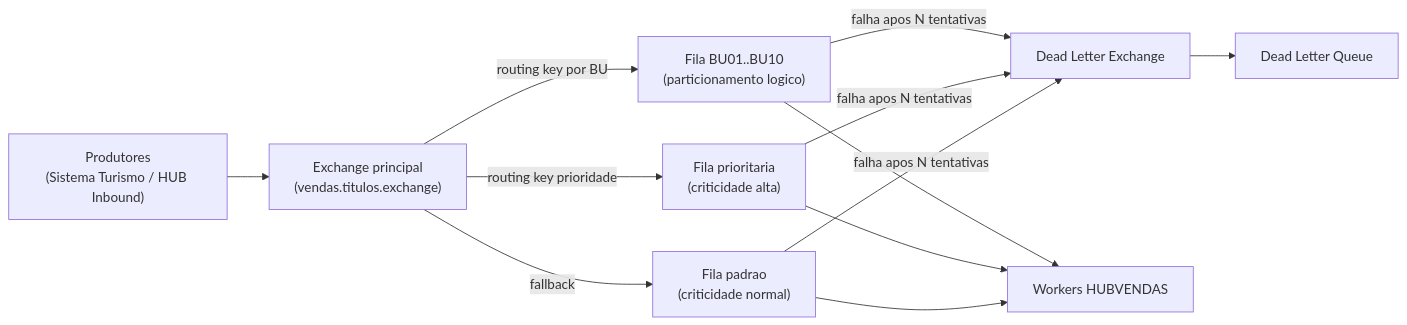
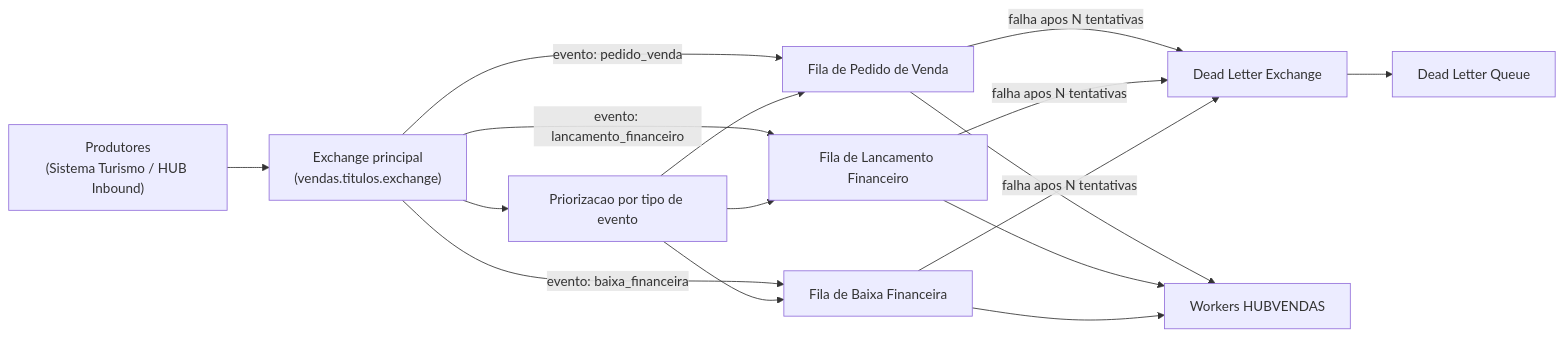
Before and after one commit to FernandoAlemar/HUBVENDAS: the third of 4 diagrams in README.md, drawn with Mermaid. The commit also changed other lines of this file, not shown here.

````diff
--- a/README.md
+++ b/README.md
@@ -72,24 +76,29 @@
 ```mermaid
 flowchart LR
     prod["Produtores\n(Sistema Turismo / HUB Inbound)"]
     ex["Exchange principal\n(vendas.titulos.exchange)"]
 
-    q1["Fila BU01..BU10\n(particionamento logico)"]
-    q2["Fila prioritaria\n(criticidade alta)"]
-    q3["Fila padrao\n(criticidade normal)"]
+    q1["Fila de Pedido de Venda"]
+    q2["Fila de Lancamento Financeiro"]
+    q3["Fila de Baixa Financeira"]
+    prio["Priorizacao por tipo de evento"]
     dlx["Dead Letter Exchange"]
     dlq["Dead Letter Queue"]
     consumer["Workers HUBVENDAS"]
 
     prod --> ex
-    ex -->|"routing key por BU"| q1
-    ex -->|"routing key prioridade"| q2
-    ex -->|"fallback"| q3
+    ex -->|"evento: pedido_venda"| q1
+    ex -->|"evento: lancamento_financeiro"| q2
+    ex -->|"evento: baixa_financeira"| q3
+    ex --> prio
+    prio --> q1
+    prio --> q2
+    prio --> q3
     q1 --> consumer
     q2 --> consumer
     q3 --> consumer
     q1 -->|"falha apos N tentativas"| dlx
     q2 -->|"falha apos N tentativas"| dlx
     q3 -->|"falha apos N tentativas"| dlx
     dlx --> dlq
 ```
````
